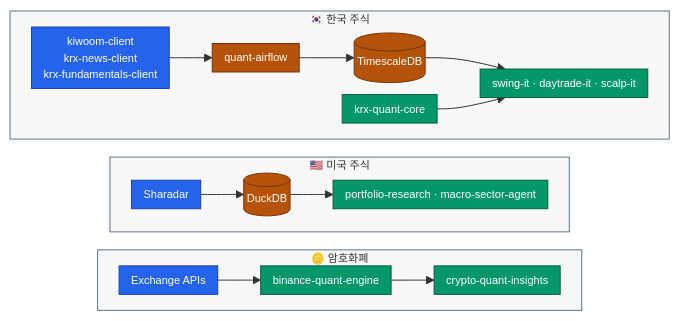
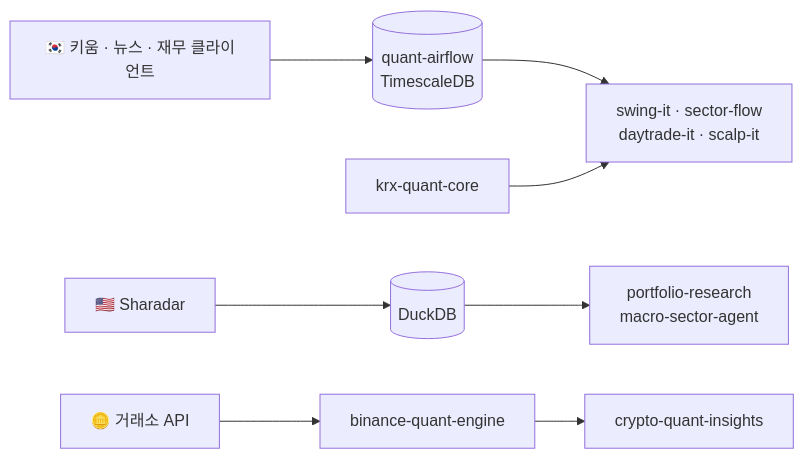
The diagram in README.ko.md (younghwan91/younghwan91), drawn with Mermaid before and after one commit. The commit also changed other lines of this file and 5 other files, not shown here.

````diff
--- a/README.ko.md
+++ b/README.ko.md
@@ -33,33 +15,7 @@
 ```mermaid
-%%{init: {"flowchart": {"useMaxWidth": false, "nodeSpacing": 12, "rankSpacing": 18, "padding": 6}, "themeVariables": {"fontSize": "11px"}}}%%
-flowchart TB
-    subgraph KR ["🇰🇷 한국 주식"]
-        direction LR
-        SRC["kiwoom-client<br/>krx-news-client<br/>krx-fundamentals-client"] --> AF["quant-airflow"] --> DB[("TimescaleDB")] --> RS["swing-it · daytrade-it · scalp-it"]
-        KC["krx-quant-core"] --> RS
-    end
-
-    subgraph US ["🇺🇸 미국 주식"]
-        direction LR
-        SH["Sharadar"] --> DD[("DuckDB")] --> PR["portfolio-research · macro-sector-agent"]
-    end
-
-    subgraph CX ["🪙 암호화폐"]
-        direction LR
-        EX["Exchange APIs"] --> CR["binance-quant-engine"] --> CI["crypto-quant-insights"]
-    end
-
-    KR ~~~ US ~~~ CX
-
-    classDef source fill:#2563EB,stroke:#1E40AF,color:#FFFFFF
-    classDef move   fill:#B45309,stroke:#78350F,color:#FFFFFF
-    classDef out    fill:#059669,stroke:#065F46,color:#FFFFFF
-
-    class SRC,SH,EX source
-    class AF,DB,DD move
-    class RS,KC,PR,CR,CI out
-
-    style KR fill:#0F172A08,stroke:#64748B
-    style US fill:#0F172A08,stroke:#64748B
-    style CX fill:#0F172A08,stroke:#64748B
+flowchart LR
+    K1["🇰🇷 키움 · 뉴스 · 재무 클라이언트"] --> K2[("quant-airflow<br/>TimescaleDB")] --> K3["swing-it · sector-flow<br/>daytrade-it · scalp-it"]
+    KC["krx-quant-core"] --> K3
+    U1["🇺🇸 Sharadar"] --> U2[("DuckDB")] --> U3["portfolio-research<br/>macro-sector-agent"]
+    C1["🪙 거래소 API"] --> C2["binance-quant-engine"] --> C3["crypto-quant-insights"]
 ```
````
